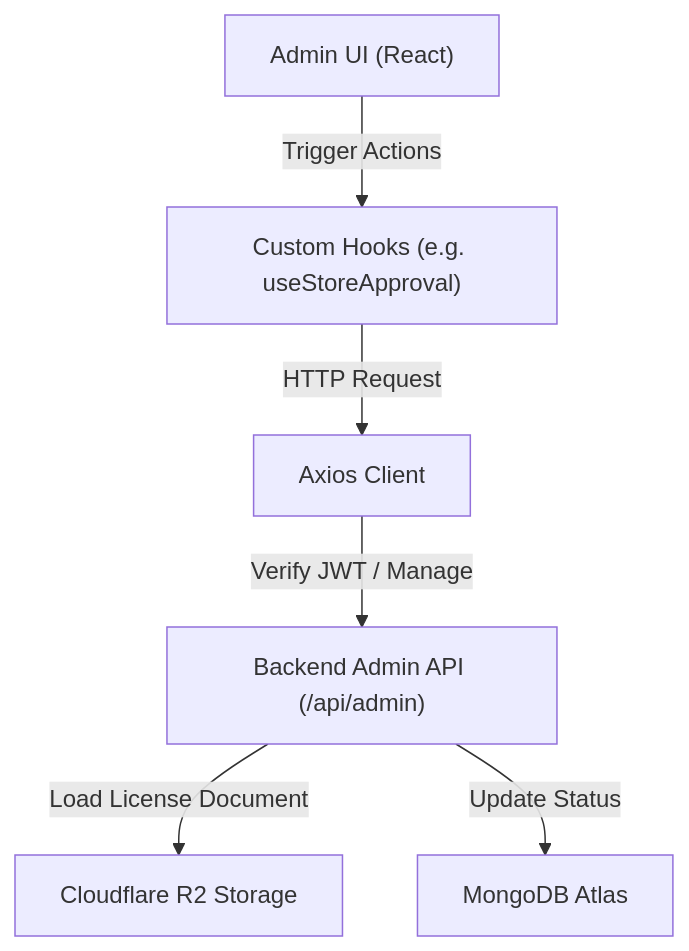
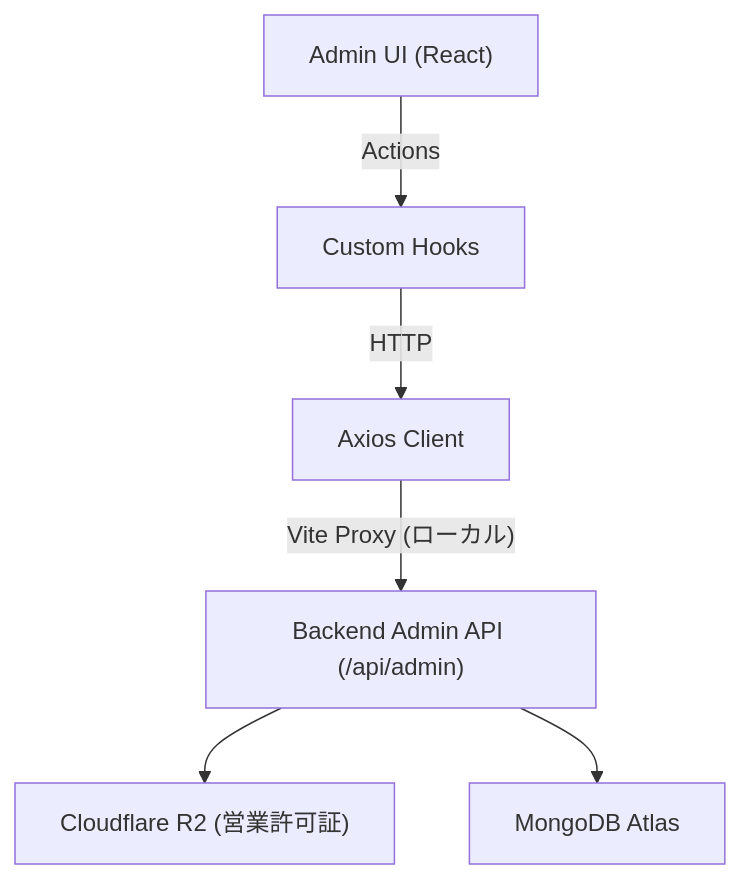
The diagram in README.md (Espi8624/yoyaku_mate_admin), drawn with Mermaid before and after one commit. The commit also changed other lines of this file and 13 other files, not shown here.

````diff
--- a/README.md
+++ b/README.md
@@ -38,8 +43,8 @@
 ```mermaid
 graph TD
-    Admin["Admin UI (React)"] -->|"Trigger Actions"| Hooks["Custom Hooks (e.g. useStoreApproval)"]
-    Hooks -->|"HTTP Request"| API["Axios Client"]
-    API -->|"Verify JWT / Manage"| Server["Backend Admin API (/api/admin)"]
-    Server -->|"Load License Document"| R2["Cloudflare R2 Storage"]
-    Server -->|"Update Status"| MongoDB["MongoDB Atlas"]
+    Admin["Admin UI (React)"] -->|"Actions"| Hooks["Custom Hooks"]
+    Hooks -->|"HTTP"| API["Axios Client"]
+    API -->|"Vite Proxy (ローカル)"| Server["Backend Admin API (/api/admin)"]
+    Server --> R2["Cloudflare R2 (営業許可証)"]
+    Server --> MongoDB["MongoDB Atlas"]
 ```
````
